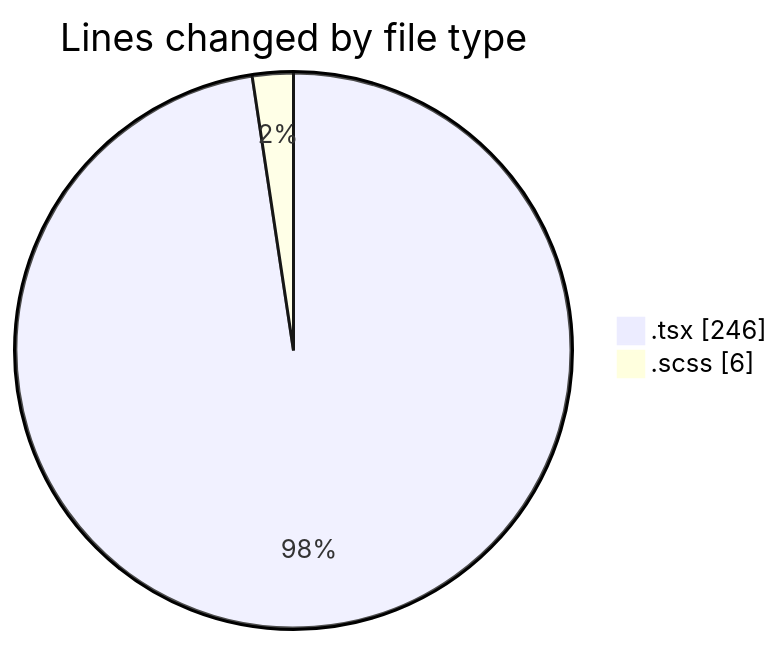
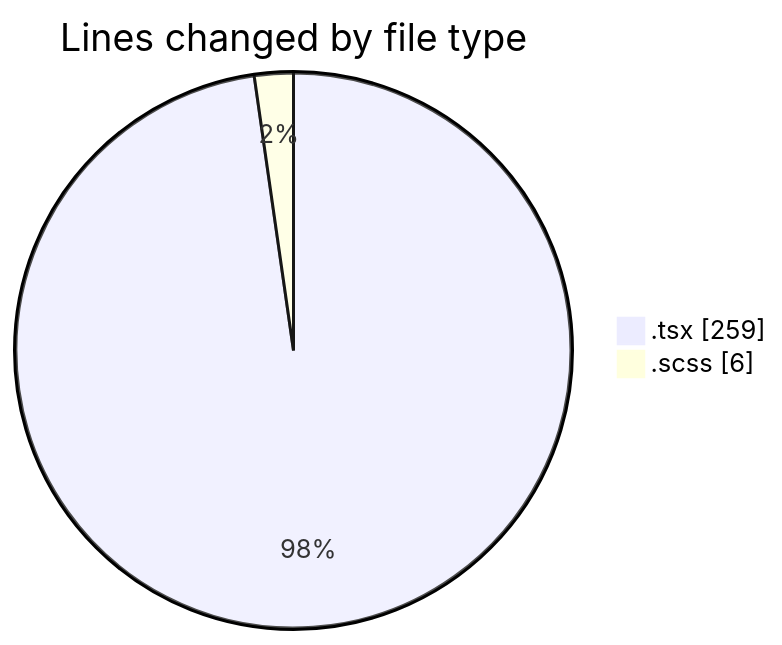
One commit to momahboobian/code-tracking changed the first of 2 diagrams in 2026-04-10/cda/README.md. Above: the diagram before and after it, drawn with Mermaid. The commit also changed other lines of this file and 1 other file, not shown here.

````diff
--- a/2026-04-10/cda/README.md
+++ b/2026-04-10/cda/README.md
@@ -22,6 +22,6 @@
 ```mermaid
 pie showData
 title Lines changed by file type
-".tsx" : 246
+".tsx" : 259
 ".scss" : 6
 ```
````
